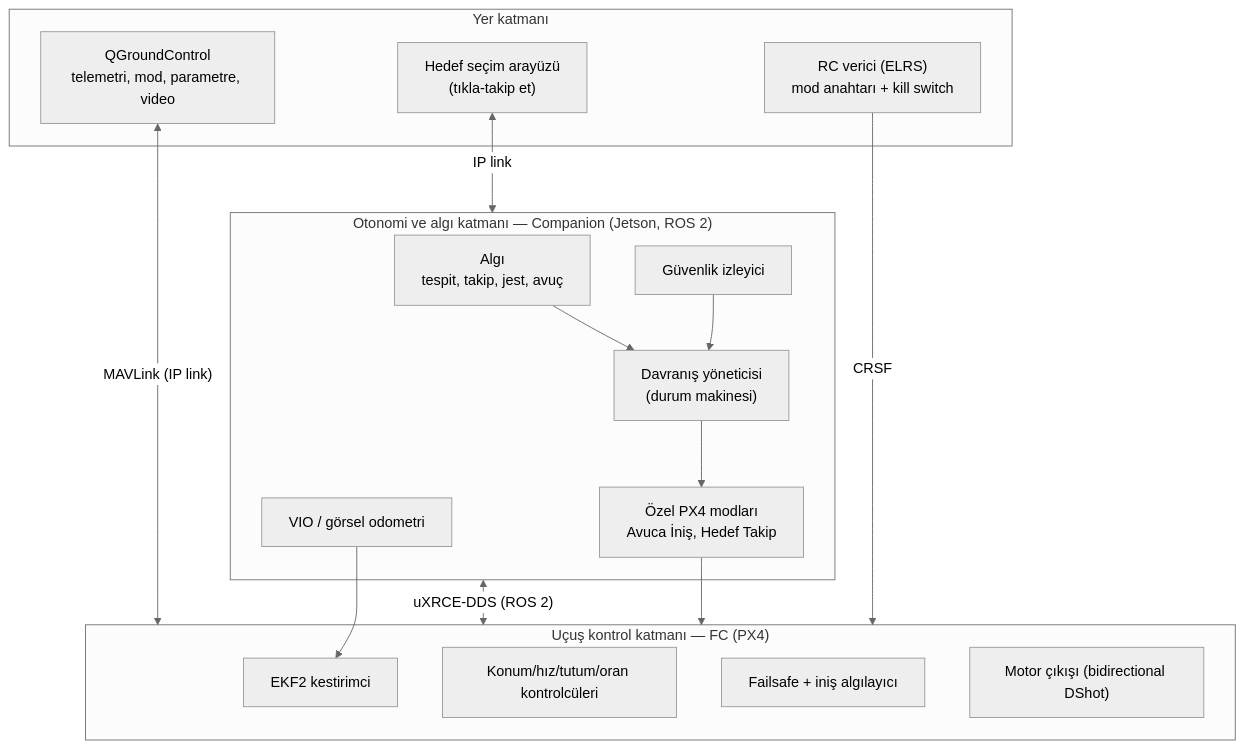
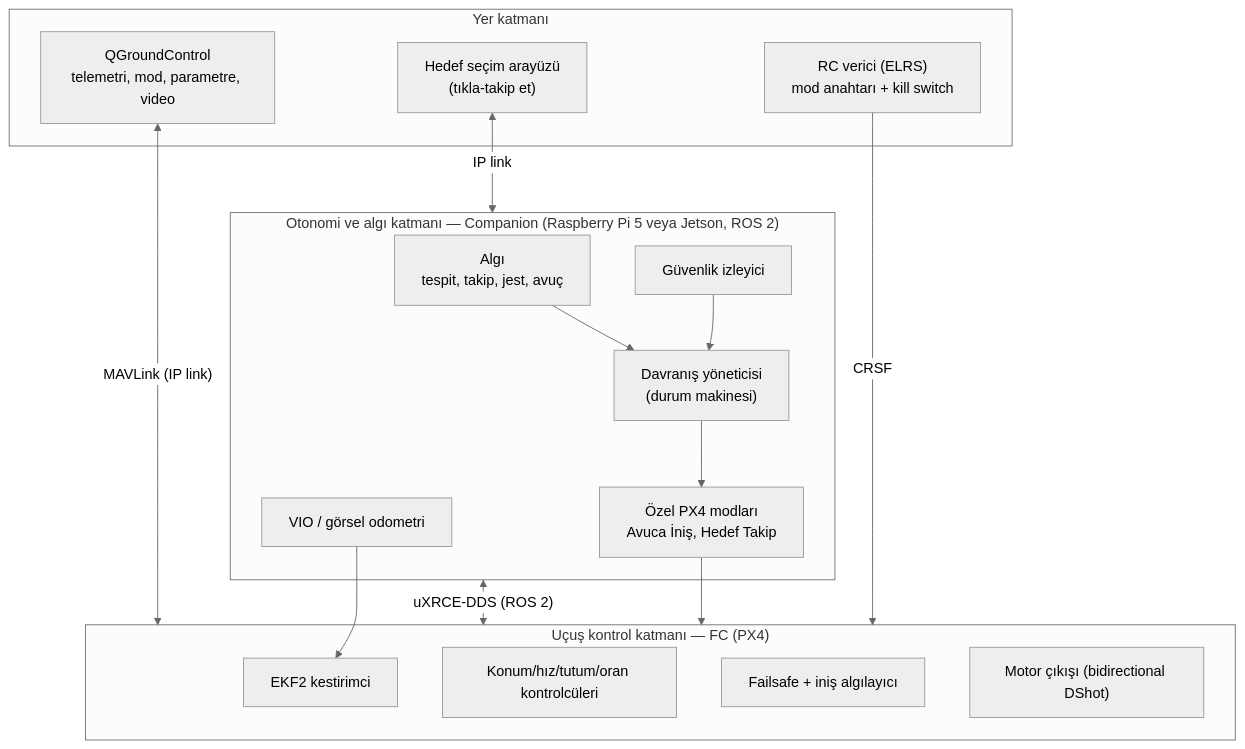
One commit to ahmet6141/Drone-controller changed the first of 4 diagrams in docs/04-sistem-mimarisi.md. Above: the diagram before and after it, drawn with Mermaid (neutral theme). The commit also changed other lines of this file and 22 other files, not shown here.

````diff
--- a/docs/04-sistem-mimarisi.md
+++ b/docs/04-sistem-mimarisi.md
@@ -18,28 +18,28 @@
 ```mermaid
 flowchart TB
   subgraph G["Yer katmanı"]
     QGC["QGroundControl<br/>telemetri, mod, parametre, video"]
     UI["Hedef seçim arayüzü<br/>(tıkla-takip et)"]
     TX["RC verici (ELRS)<br/>mod anahtarı + kill switch"]
   end
-  subgraph C["Otonomi ve algı katmanı — Companion (Jetson, ROS 2)"]
+  subgraph C["Otonomi ve algı katmanı — Companion (Raspberry Pi 5 veya Jetson, ROS 2)"]
     PER["Algı<br/>tespit, takip, jest, avuç"]
     NAV["VIO / görsel odometri"]
     BEH["Davranış yöneticisi<br/>(durum makinesi)"]
     MODES["Özel PX4 modları<br/>Avuca İniş, Hedef Takip"]
     SAFE["Güvenlik izleyici"]
   end
   subgraph F["Uçuş kontrol katmanı — FC (PX4)"]
     EKF["EKF2 kestirimci"]
     CTRL["Konum/hız/tutum/oran kontrolcüleri"]
     FS["Failsafe + iniş algılayıcı"]
     OUT["Motor çıkışı (bidirectional DShot)"]
   end
   TX -- "CRSF" --> F
   QGC <-- "MAVLink (IP link)" --> F
   UI <-- "IP link" --> C
   C <-- "uXRCE-DDS (ROS 2)" --> F
   PER --> BEH --> MODES --> F
   NAV --> EKF
   SAFE --> BEH
 ```
````
